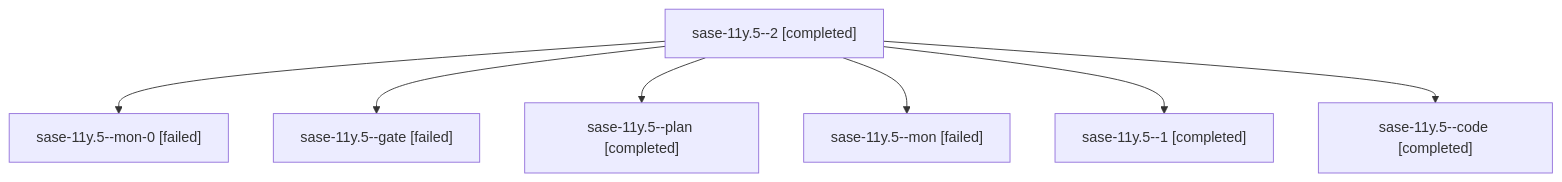
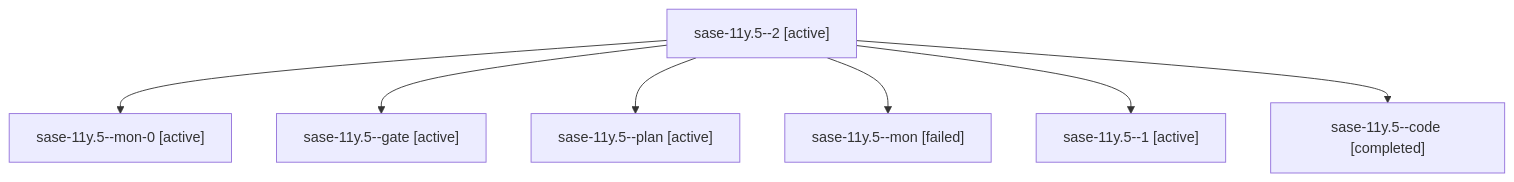
Before and after one commit to sase-org/sase--agents: the diagram in families/bbugyi200.athena.sase-11y.5.md, drawn with Mermaid. The commit also changed other lines of this file and 35830 other files, not shown here.

````diff
--- a/families/bbugyi200.athena.sase-11y.5.md
+++ b/families/bbugyi200.athena.sase-11y.5.md
@@ -9,16 +9,16 @@
 ```mermaid
 flowchart TD
-  n0["sase-11y.5--2 [completed]"]
-  n1["sase-11y.5--mon-0 [failed]"]
+  n0["sase-11y.5--2 [active]"]
+  n1["sase-11y.5--mon-0 [active]"]
   n0 --> n1
-  n2["sase-11y.5--gate [failed]"]
+  n2["sase-11y.5--gate [active]"]
   n0 --> n2
-  n3["sase-11y.5--plan [completed]"]
+  n3["sase-11y.5--plan [active]"]
   n0 --> n3
   n4["sase-11y.5--mon [failed]"]
   n0 --> n4
-  n5["sase-11y.5--1 [completed]"]
+  n5["sase-11y.5--1 [active]"]
   n0 --> n5
   n6["sase-11y.5--code [completed]"]
   n0 --> n6
 ```
````
